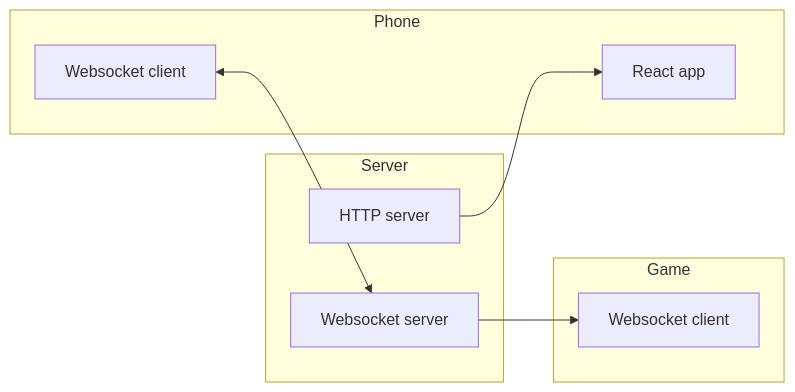
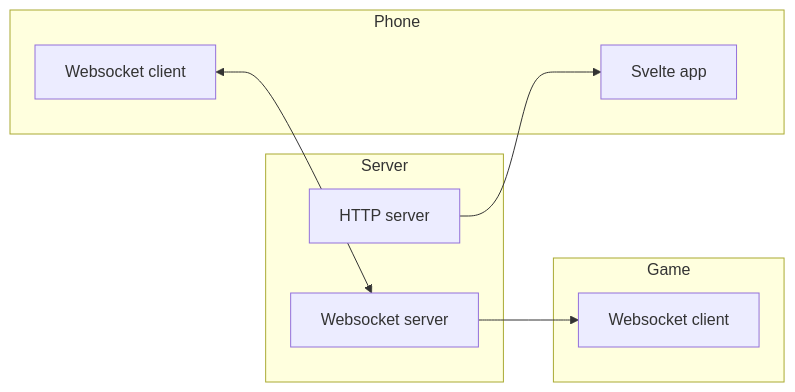
The diagram in server/README.md (Hasnep/zzub), drawn with Mermaid before and after one commit.

Commit message:
Fix incorrect diagram

````diff
--- a/server/README.md
+++ b/server/README.md
@@ -5,17 +5,17 @@
 ```mermaid
 flowchart LR
     subgraph Server
         http_server[HTTP server]
         server_ws[Websocket server]
     end
-    http_server --> react_app
+    http_server --> svelte_app
     subgraph Phone
-        react_app[React app]
+        svelte_app[Svelte app]
         phone_ws[Websocket client]
     end
     phone_ws <--> server_ws
     subgraph Game
         game_ws[Websocket client]
     end
     server_ws --> game_ws
 ```
````
